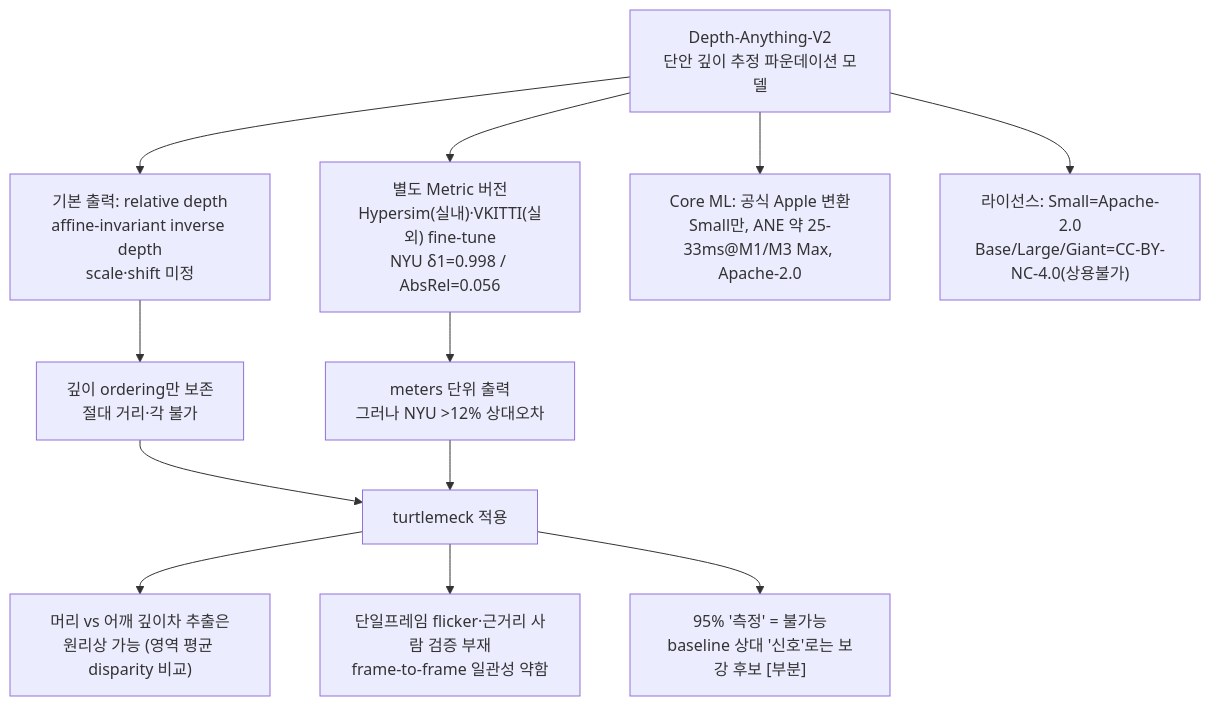
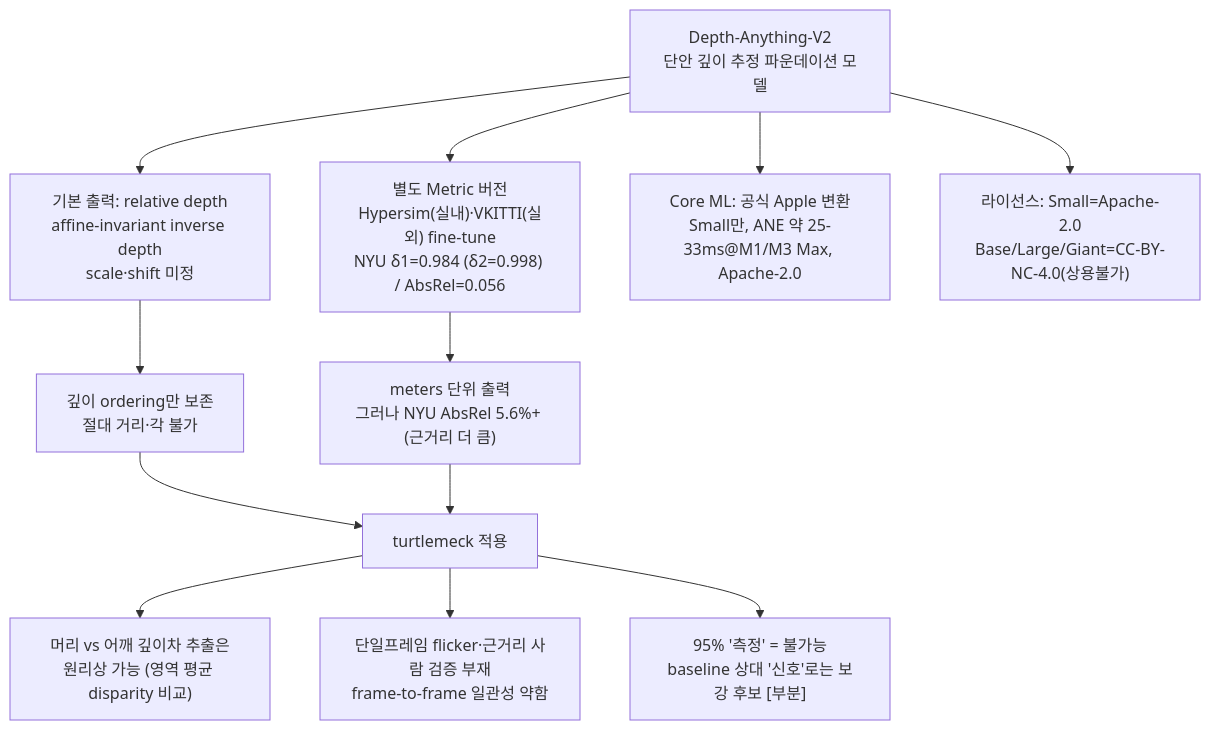
One commit to kimchanhyung98/turtlemeck changed the diagram in docs/depth-estimation/depth-anything-v2/README.md. Above: the diagram before and after it, drawn with Mermaid. The commit also changed other lines of this file and 17 other files, not shown here.

````diff
--- a/docs/depth-estimation/depth-anything-v2/README.md
+++ b/docs/depth-estimation/depth-anything-v2/README.md
@@ -9,18 +9,18 @@
 ```mermaid
 flowchart TD
     DA["Depth-Anything-V2<br/>단안 깊이 추정 파운데이션 모델"]
     DA --> REL["기본 출력: relative depth<br/>affine-invariant inverse depth<br/>scale·shift 미정"]
-    DA --> MET["별도 Metric 버전<br/>Hypersim(실내)·VKITTI(실외) fine-tune<br/>NYU δ1=0.998 / AbsRel=0.056"]
+    DA --> MET["별도 Metric 버전<br/>Hypersim(실내)·VKITTI(실외) fine-tune<br/>NYU δ1=0.984 (δ2=0.998) / AbsRel=0.056"]
 
     REL --> RP1["깊이 ordering만 보존<br/>절대 거리·각 불가"]
-    MET --> MP1["meters 단위 출력<br/>그러나 NYU >12% 상대오차"]
+    MET --> MP1["meters 단위 출력<br/>그러나 NYU AbsRel 5.6%+ (근거리 더 큼)"]
 
     RP1 --> APP["turtlemeck 적용"]
     MP1 --> APP
     APP --> A1["머리 vs 어깨 깊이차 추출은<br/>원리상 가능 (영역 평균 disparity 비교)"]
     APP --> A2["단일프레임 flicker·근거리 사람 검증 부재<br/>frame-to-frame 일관성 약함"]
     APP --> A3["95% '측정' = 불가능<br/>baseline 상대 '신호'로는 보강 후보 [부분]"]
 
     DA --> CM["Core ML: 공식 Apple 변환<br/>Small만, ANE 약 25-33ms@M1/M3 Max, Apache-2.0"]
     DA --> LIC["라이선스: Small=Apache-2.0<br/>Base/Large/Giant=CC-BY-NC-4.0(상용불가)"]
 ```
````
